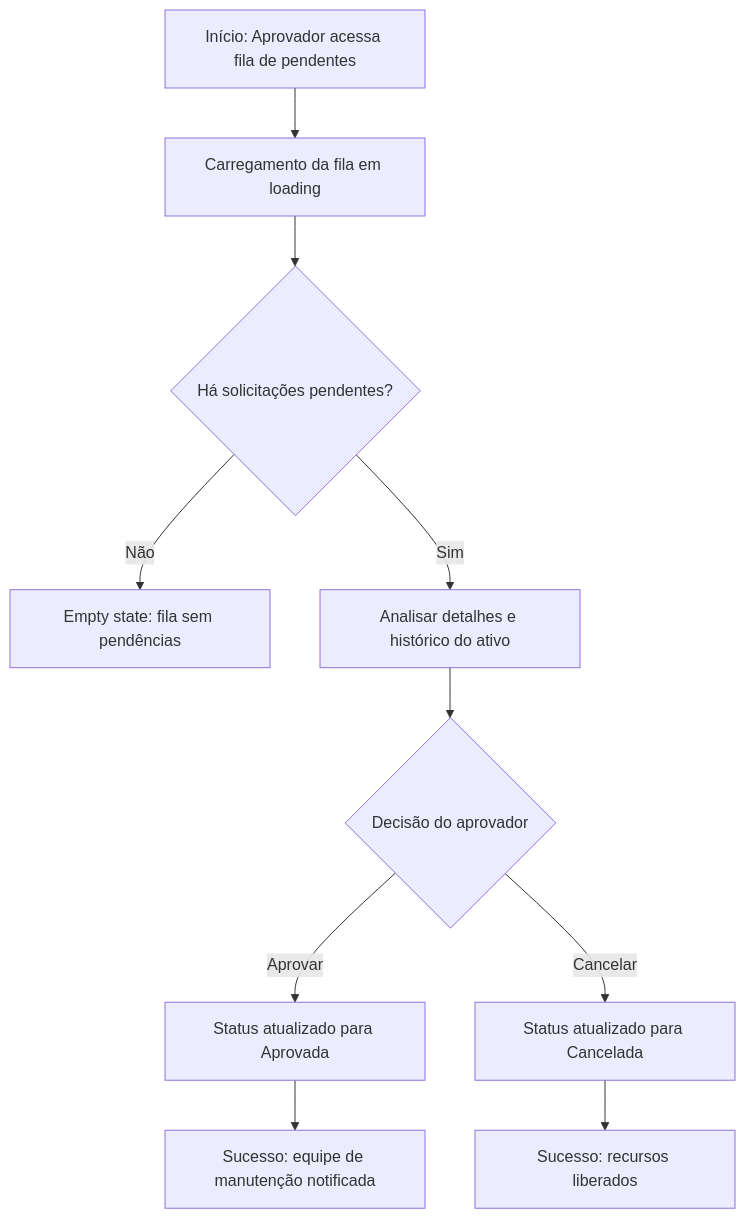
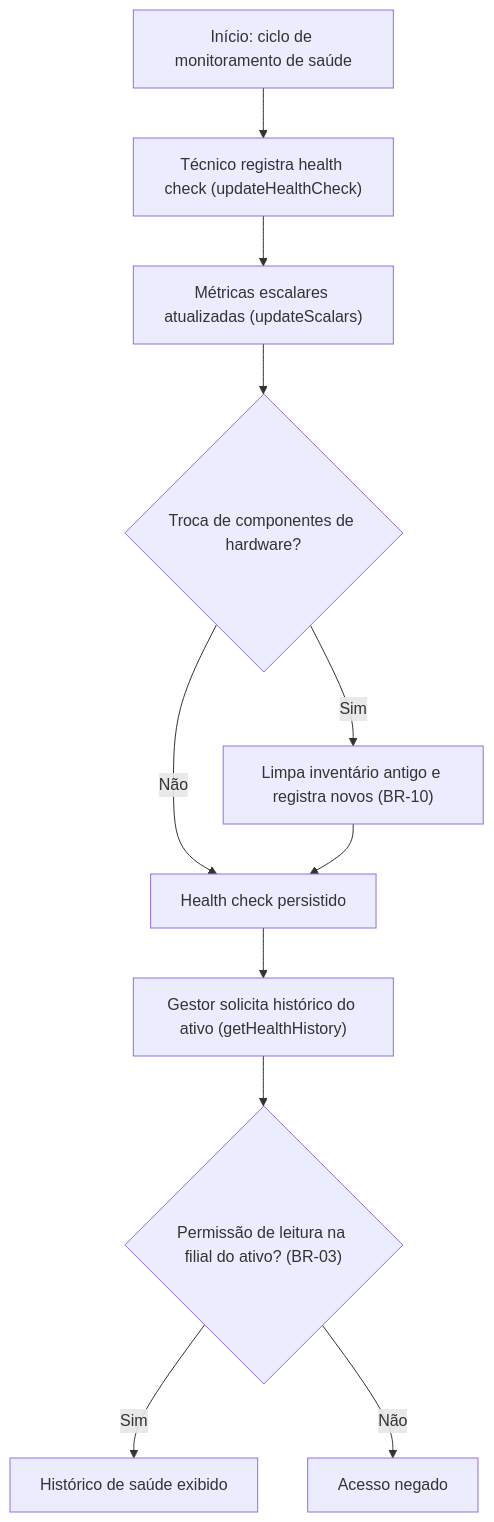
One commit to diogo-rp-menezes/aegispatrimonio changed the fourth of 6 diagrams in docs/01-discovery/user-flows.md. Above: the diagram before and after it, drawn with Mermaid. The commit also changed other lines of this file and 49 other files, not shown here.

````diff
--- a/docs/01-discovery/user-flows.md
+++ b/docs/01-discovery/user-flows.md
@@ -175,12 +144,13 @@
 ```mermaid
 graph TD
-    A["Início: Aprovador acessa fila de pendentes"] --> B["Carregamento da fila em loading"]
-    B --> C{"Há solicitações pendentes?"}
-    C -- "Não" --> D["Empty state: fila sem pendências"]
-    C -- "Sim" --> E["Analisar detalhes e histórico do ativo"]
-    E --> F{"Decisão do aprovador"}
-    F -- "Aprovar" --> G["Status atualizado para Aprovada"]
-    G --> H["Sucesso: equipe de manutenção notificada"]
-    F -- "Cancelar" --> I["Status atualizado para Cancelada"]
-    I --> J["Sucesso: recursos liberados"]
+    A["Início: ciclo de monitoramento de saúde"] --> B["Técnico registra health check (updateHealthCheck)"]
+    B --> C["Métricas escalares atualizadas (updateScalars)"]
+    C --> D{"Troca de componentes de hardware?"}
+    D -- "Sim" --> E["Limpa inventário antigo e registra novos (BR-10)"]
+    D -- "Não" --> F["Health check persistido"]
+    E --> F
+    F --> G["Gestor solicita histórico do ativo (getHealthHistory)"]
+    G --> H{"Permissão de leitura na filial do ativo? (BR-03)"}
+    H -- "Sim" --> I["Histórico de saúde exibido"]
+    H -- "Não" --> J["Acesso negado"]
 ```
````
